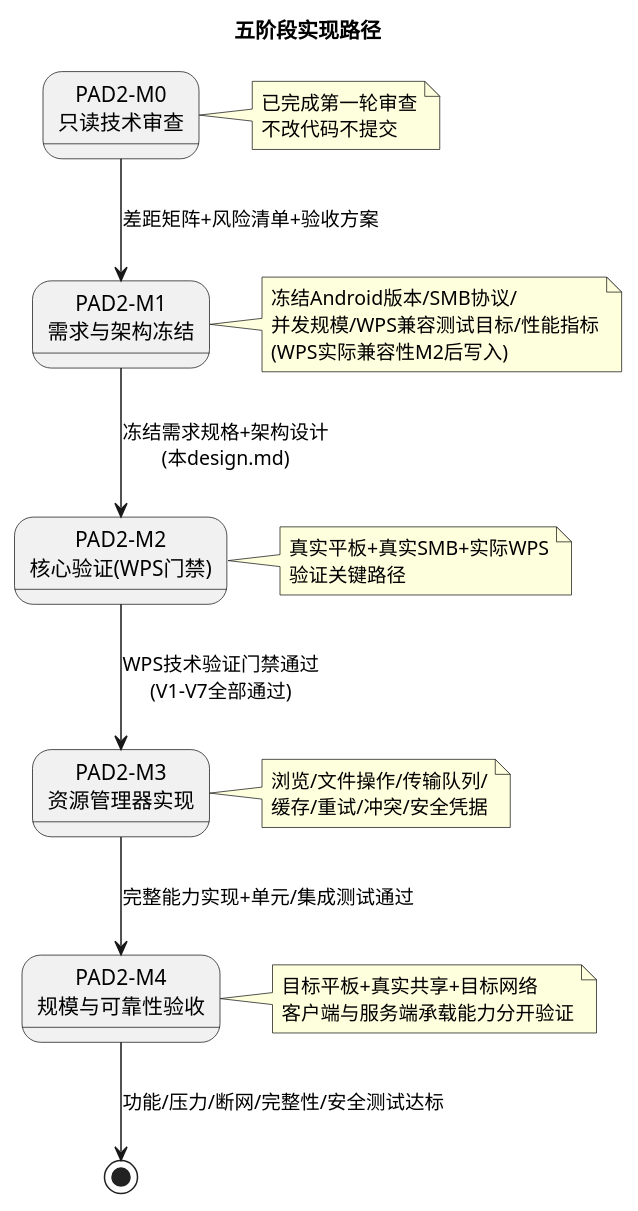
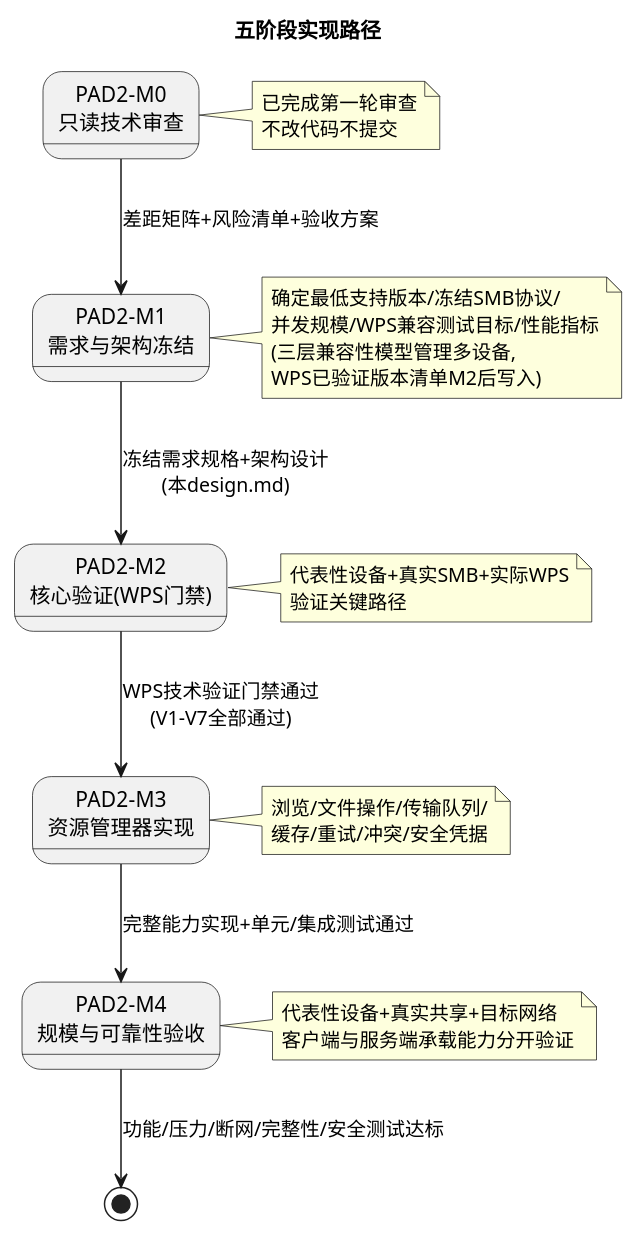
Before and after one commit to wujupeng/andriodpad2: diagram 12 of 12 in docs/specs/design.md, drawn with PlantUML. The commit also changed other lines of this file and 2 other files, not shown here.

````diff
--- a/docs/specs/design.md
+++ b/docs/specs/design.md
@@ -1367,24 +1405,24 @@
 ```plantuml
 @startuml
 title 五阶段实现路径
 
 state "PAD2-M0\n只读技术审查" as M0
 state "PAD2-M1\n需求与架构冻结" as M1
 state "PAD2-M2\n核心验证(WPS门禁)" as M2
 state "PAD2-M3\n资源管理器实现" as M3
 state "PAD2-M4\n规模与可靠性验收" as M4
 
 M0 --> M1 : 差距矩阵+风险清单+验收方案
 M1 --> M2 : 冻结需求规格+架构设计\n(本design.md)
 M2 --> M3 : WPS技术验证门禁通过\n(V1-V7全部通过)
 M3 --> M4 : 完整能力实现+单元/集成测试通过
 M4 --> [*] : 功能/压力/断网/完整性/安全测试达标
 
 note right of M0 : 已完成第一轮审查\n不改代码不提交
-note right of M1 : 冻结Android版本/SMB协议/\n并发规模/WPS兼容测试目标/性能指标\n(WPS实际兼容性M2后写入)
-note right of M2 : 真实平板+真实SMB+实际WPS\n验证关键路径
+note right of M1 : 确定最低支持版本/冻结SMB协议/\n并发规模/WPS兼容测试目标/性能指标\n(三层兼容性模型管理多设备,\nWPS已验证版本清单M2后写入)
+note right of M2 : 代表性设备+真实SMB+实际WPS\n验证关键路径
 note right of M3 : 浏览/文件操作/传输队列/\n缓存/重试/冲突/安全凭据
-note right of M4 : 目标平板+真实共享+目标网络\n客户端与服务端承载能力分开验证
+note right of M4 : 代表性设备+真实共享+目标网络\n客户端与服务端承载能力分开验证
 
 @enduml
 ```
````
